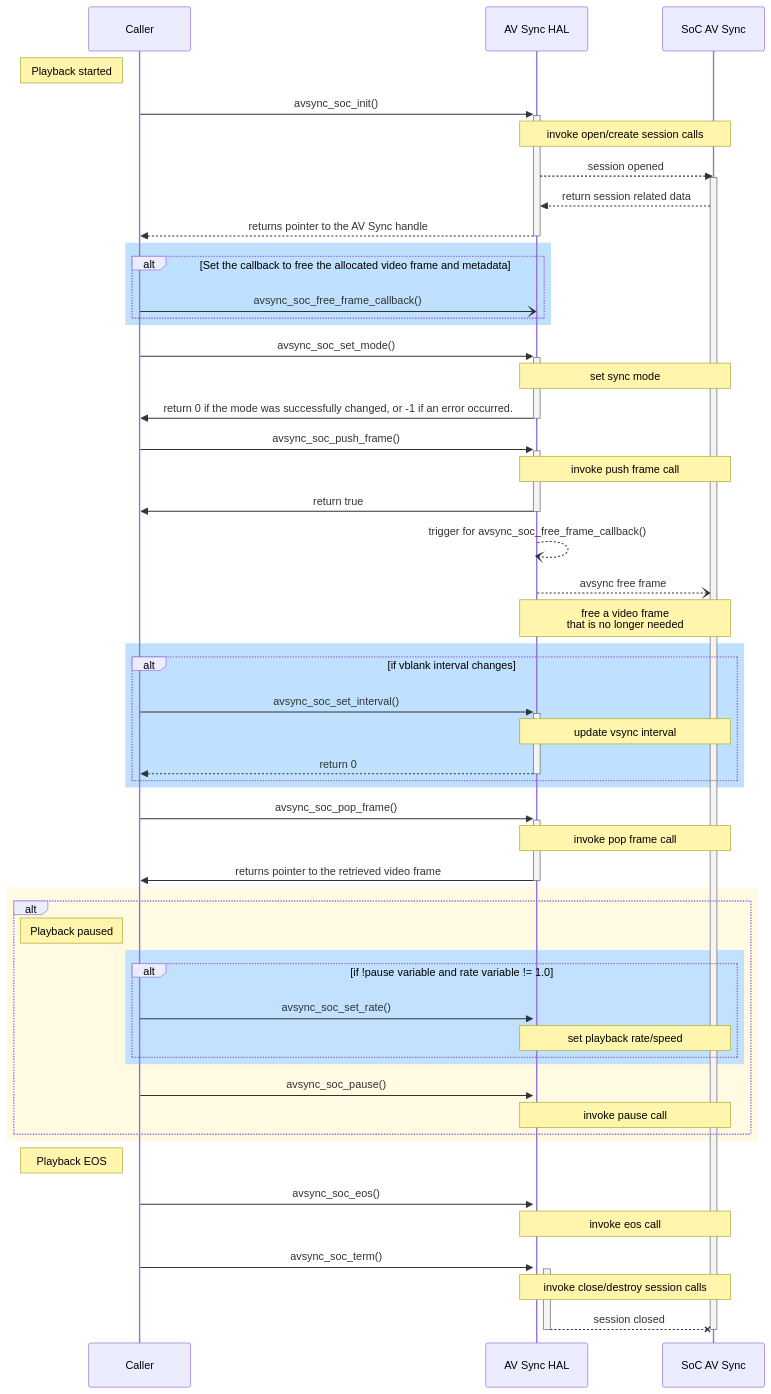
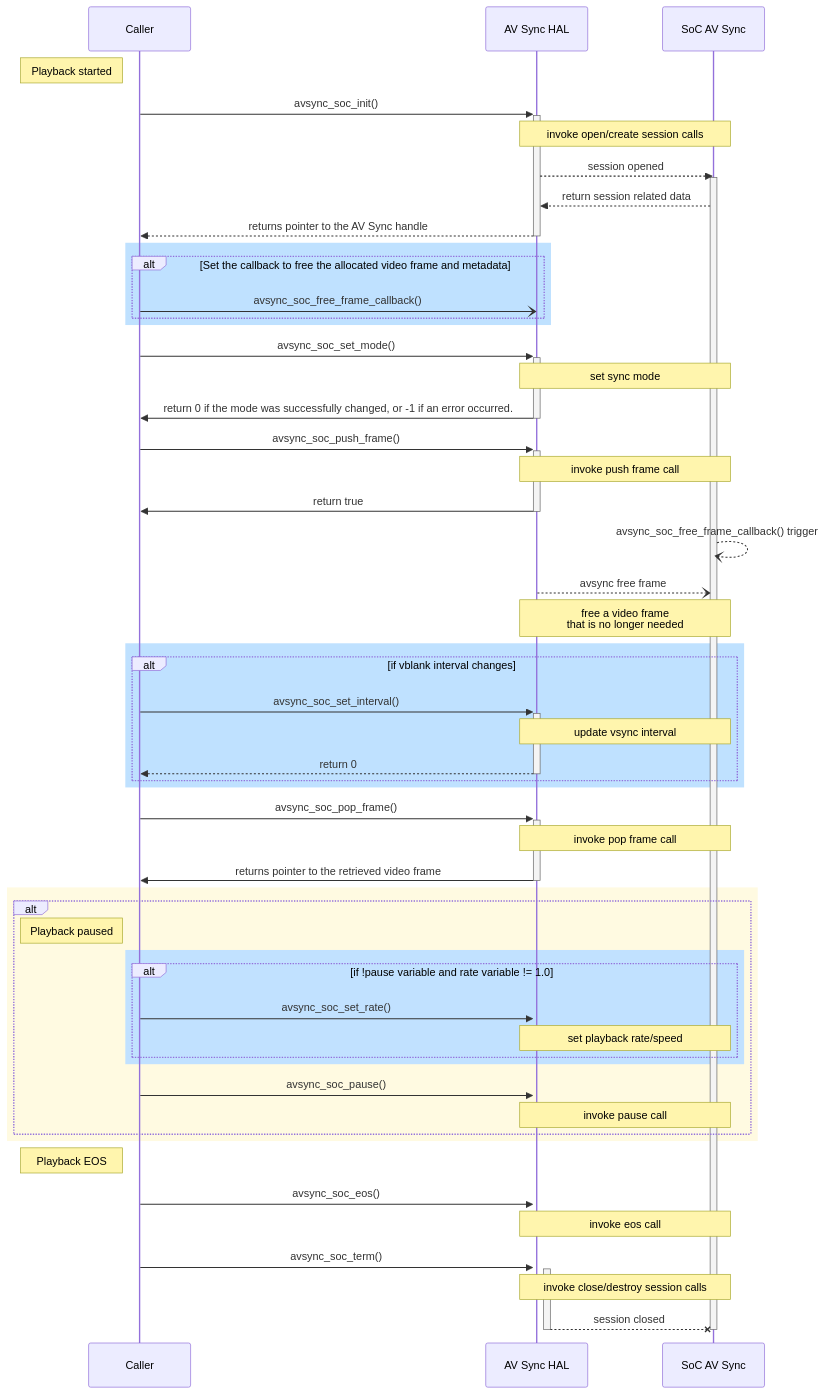
The second of 2 diagrams in docs/pages/av-sync_halSpec.md (rdkcentral/rdk-halif-avsync), drawn with Mermaid before and after one commit.

````diff
--- a/docs/pages/av-sync_halSpec.md
+++ b/docs/pages/av-sync_halSpec.md
@@ -152,73 +152,73 @@
 ```mermaid
 
 sequenceDiagram
 
 participant Caller
 participant AV Sync HAL
 participant SoC AV Sync 
 
 note left of Caller:Playback started
 
 Caller->>+AV Sync HAL:avsync_soc_init()
 note over AV Sync HAL,SoC AV Sync:invoke open/create session calls
 AV Sync HAL-->>SoC AV Sync:session opened
 activate SoC AV Sync 
 SoC AV Sync-->>AV Sync HAL:return session related data
 AV Sync HAL-->>-Caller:returns pointer to the AV Sync handle
 
 rect rgb(191, 225, 255)
 alt Set the callback to free the allocated video frame and metadata
 Caller-)AV Sync HAL:avsync_soc_free_frame_callback()
 end
 end
 
 Caller->>+AV Sync HAL:avsync_soc_set_mode()
 note over AV Sync HAL,SoC AV Sync:set sync mode
 AV Sync HAL->>-Caller: return 0 if the mode was successfully changed, or -1 if an error occurred.
 
 Caller->>+AV Sync HAL:avsync_soc_push_frame()
 note over AV Sync HAL,SoC AV Sync:invoke push frame call
 AV Sync HAL->>-Caller:return true
 
-AV Sync HAL--)AV Sync HAL: trigger for avsync_soc_free_frame_callback()
+SoC AV Sync--)SoC AV Sync: avsync_soc_free_frame_callback() trigger
 AV Sync HAL--)SoC AV Sync: avsync free frame
 note over AV Sync HAL,SoC AV Sync: free a video frame <br/> that is no longer needed
 
 rect rgb(191, 225, 255)
 alt if vblank interval changes
 Caller->>+AV Sync HAL:avsync_soc_set_interval()
 note over AV Sync HAL,SoC AV Sync:update vsync interval
 AV Sync HAL-->>-Caller:return 0
 end
 end
 
 Caller->>+AV Sync HAL:avsync_soc_pop_frame()
 note over AV Sync HAL,SoC AV Sync:invoke pop frame call
 AV Sync HAL->>-Caller:returns pointer to the retrieved video frame
 
 rect rgb(255,250,225)
 alt
 note left of Caller:Playback paused
 
 rect rgb(193, 225, 255)
 alt  if !pause variable and rate variable != 1.0
 Caller->>+AV Sync HAL:avsync_soc_set_rate()
 note over AV Sync HAL,SoC AV Sync:set playback rate/speed
 end
 end
 Caller->>+AV Sync HAL:avsync_soc_pause()
 note over AV Sync HAL,SoC AV Sync:invoke pause call
 end
 end
 
 note left of Caller:Playback EOS
 
 Caller->>+AV Sync HAL:avsync_soc_eos()
 note over AV Sync HAL,SoC AV Sync:invoke eos call
 Caller->>+AV Sync HAL:avsync_soc_term()
 note over AV Sync HAL,SoC AV Sync:invoke close/destroy session calls
 AV Sync HAL--xSoC AV Sync:session closed
 deactivate SoC AV Sync 
 deactivate AV Sync HAL
 
 ```
````
